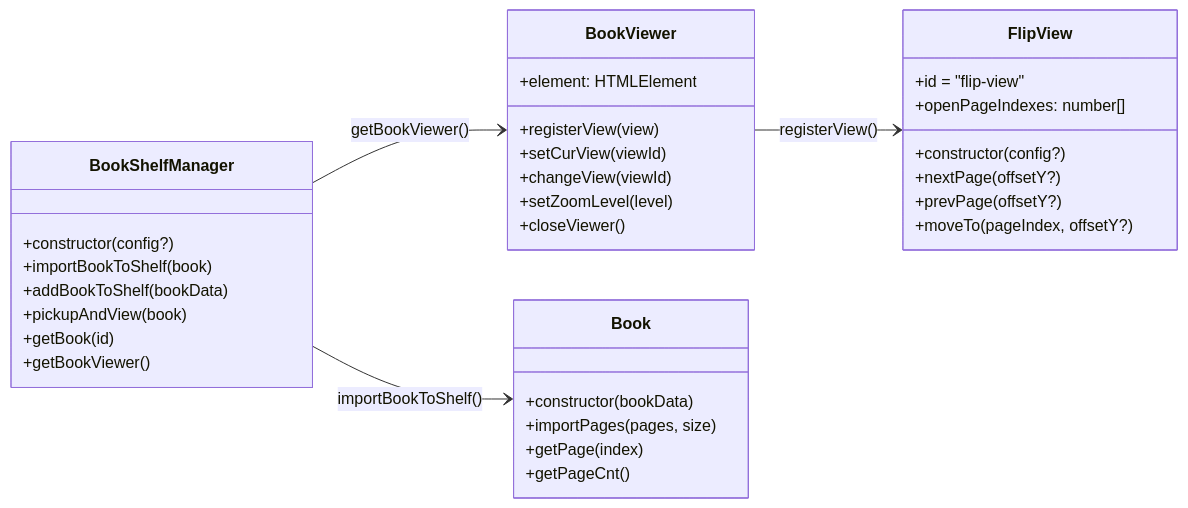
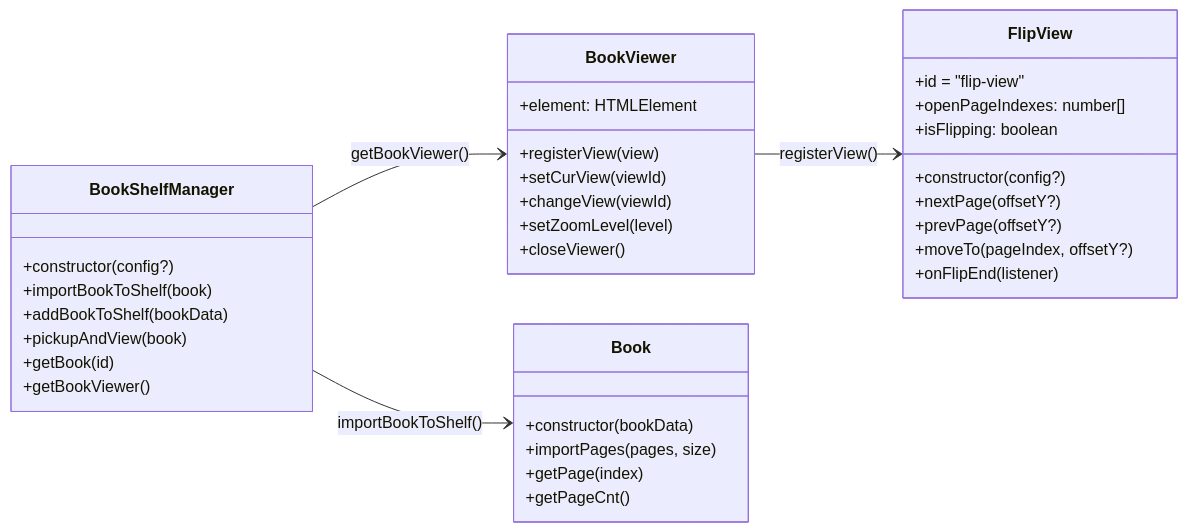
Before and after one commit to i486magzog/magFlip: the diagram in website/user-docs/reference/api.md, drawn with Mermaid. The commit also changed other lines of this file and 12 other files, not shown here.

````diff
--- a/website/user-docs/reference/api.md
+++ b/website/user-docs/reference/api.md
@@ -10,37 +10,39 @@
 ```mermaid
 classDiagram
   direction LR
   BookShelfManager --> BookViewer : getBookViewer()
   BookShelfManager --> Book : importBookToShelf()
   BookViewer --> FlipView : registerView()
   class BookShelfManager {
     +constructor(config?)
     +importBookToShelf(book)
     +addBookToShelf(bookData)
     +pickupAndView(book)
     +getBook(id)
     +getBookViewer()
   }
   class BookViewer {
     +element: HTMLElement
     +registerView(view)
     +setCurView(viewId)
     +changeView(viewId)
     +setZoomLevel(level)
     +closeViewer()
   }
   class Book {
     +constructor(bookData)
     +importPages(pages, size)
     +getPage(index)
     +getPageCnt()
   }
   class FlipView {
     +id = "flip-view"
     +constructor(config?)
     +nextPage(offsetY?)
     +prevPage(offsetY?)
     +moveTo(pageIndex, offsetY?)
     +openPageIndexes: number[]
+    +isFlipping: boolean
+    +onFlipEnd(listener)
   }
 ```
````
